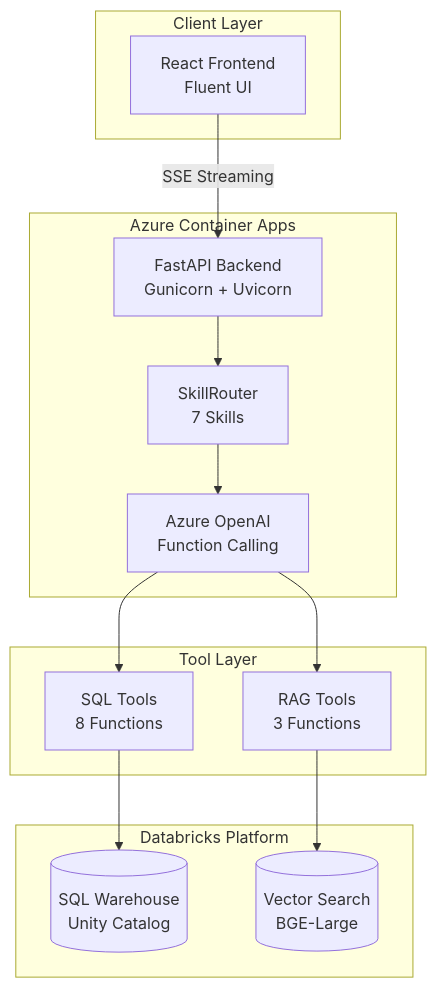
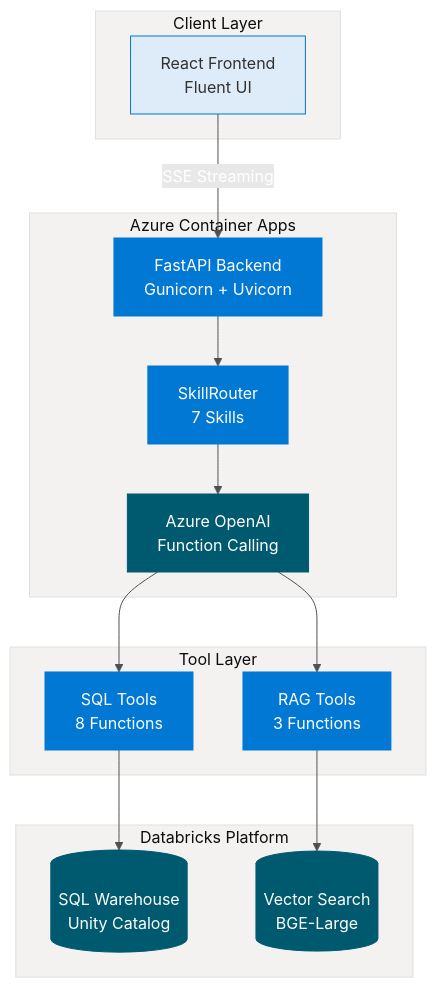
Before and after one commit to blanskiy/stihl-agent-ui: the first of 5 diagrams in README.md, drawn with Mermaid. The commit also changed other lines of this file, not shown here.

First line of the commit message:
Revise diagrams and update last modified date

````diff
--- a/README.md
+++ b/README.md
@@ -66,30 +66,44 @@
 ```mermaid
+%%{init: {'theme': 'base', 'themeVariables': { 'primaryColor': '#0078D4', 'primaryTextColor': '#ffffff', 'primaryBorderColor': '#0078D4', 'lineColor': '#505050', 'secondaryColor': '#E8E8E8', 'tertiaryColor': '#F3F2F1', 'fontFamily': 'Segoe UI, sans-serif'}}}%%
 flowchart TB
     subgraph Client["Client Layer"]
         UI[React Frontend<br/>Fluent UI]
     end
 
     subgraph Azure["Azure Container Apps"]
         API[FastAPI Backend<br/>Gunicorn + Uvicorn]
         Router[SkillRouter<br/>7 Skills]
         FC[Azure OpenAI<br/>Function Calling]
     end
 
     subgraph Tools["Tool Layer"]
         SQL[SQL Tools<br/>8 Functions]
         RAG[RAG Tools<br/>3 Functions]
     end
 
     subgraph Databricks["Databricks Platform"]
         Warehouse[(SQL Warehouse<br/>Unity Catalog)]
         Vector[(Vector Search<br/>BGE-Large)]
     end
 
     UI -->|SSE Streaming| API
     API --> Router
     Router --> FC
     FC --> SQL
     FC --> RAG
     SQL --> Warehouse
     RAG --> Vector
+
+    style Client fill:#F3F2F1,stroke:#E1DFDD,stroke-width:1px
+    style Azure fill:#F3F2F1,stroke:#E1DFDD,stroke-width:1px
+    style Tools fill:#F3F2F1,stroke:#E1DFDD,stroke-width:1px
+    style Databricks fill:#F3F2F1,stroke:#E1DFDD,stroke-width:1px
+    style UI fill:#DEECF9,stroke:#0078D4,stroke-width:1px,color:#323130
+    style API fill:#0078D4,stroke:#0078D4,stroke-width:1px,color:#ffffff
+    style Router fill:#0078D4,stroke:#0078D4,stroke-width:1px,color:#ffffff
+    style FC fill:#005A6F,stroke:#005A6F,stroke-width:1px,color:#ffffff
+    style SQL fill:#0078D4,stroke:#0078D4,stroke-width:1px,color:#ffffff
+    style RAG fill:#0078D4,stroke:#0078D4,stroke-width:1px,color:#ffffff
+    style Warehouse fill:#005A6F,stroke:#005A6F,stroke-width:1px,color:#ffffff
+    style Vector fill:#005A6F,stroke:#005A6F,stroke-width:1px,color:#ffffff
 ```
````
